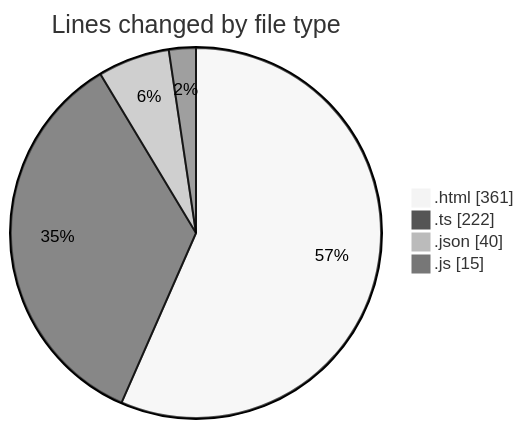
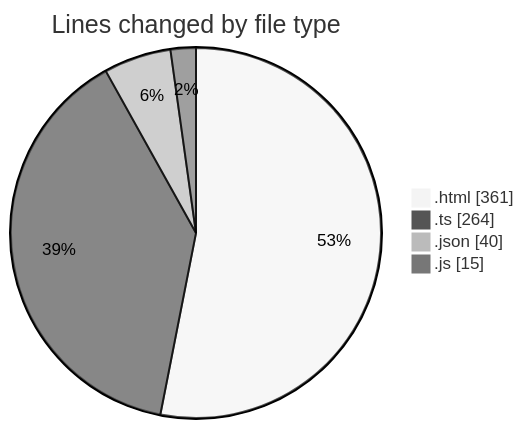
Before and after one commit to momahboobian/code-tracking: the first of 2 diagrams in 2025-05-15/news-clock-system-caspercg/README.md, drawn with Mermaid (neutral theme). The commit also changed other lines of this file and 1 other file, not shown here.

````diff
--- a/2025-05-15/news-clock-system-caspercg/README.md
+++ b/2025-05-15/news-clock-system-caspercg/README.md
@@ -28,8 +28,8 @@
 ```mermaid
 pie showData
 title Lines changed by file type
 ".html" : 361
-".ts" : 222
+".ts" : 264
 ".json" : 40
 ".js" : 15
 ```
````
